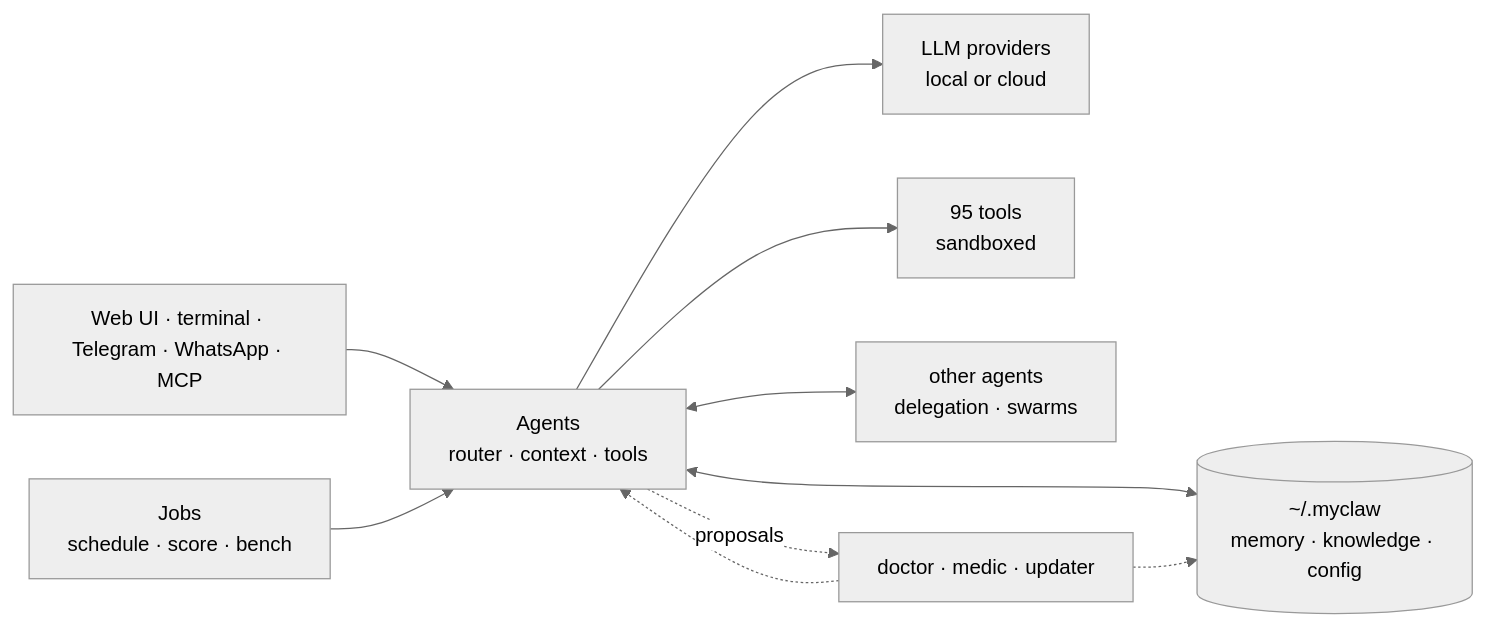
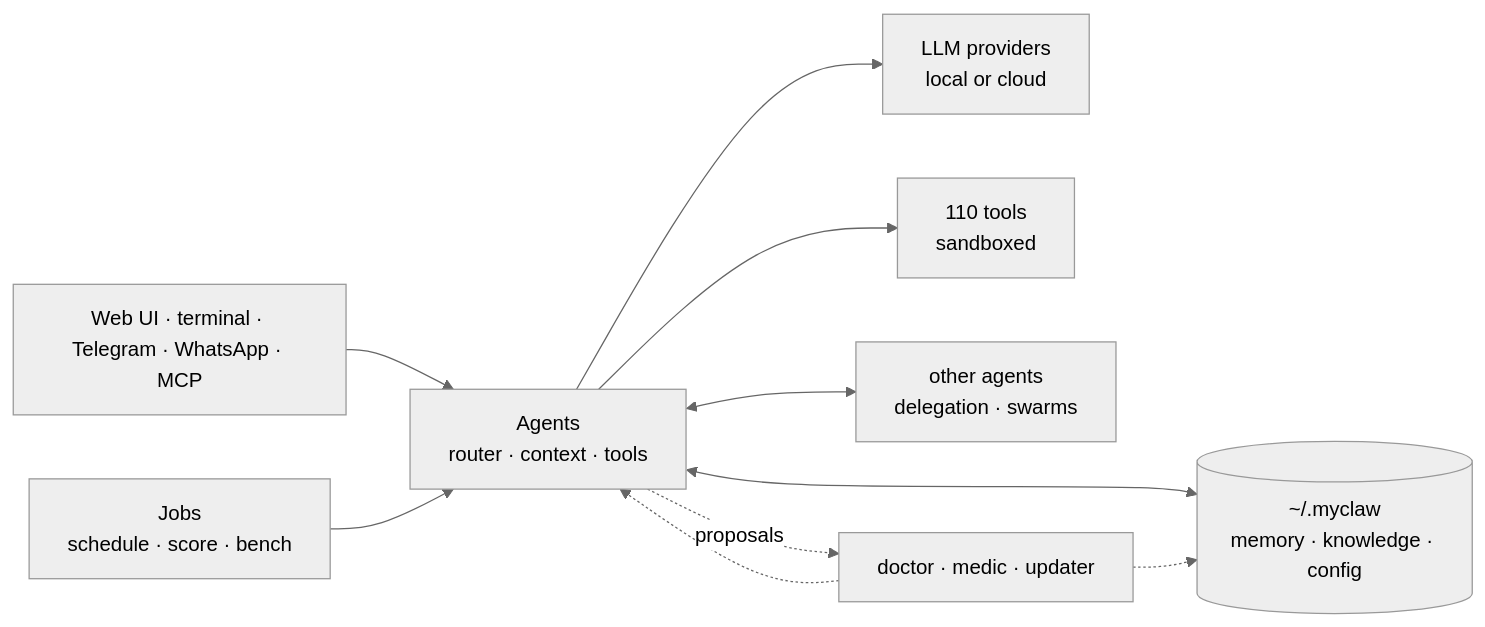
Before and after one commit to adrianx26/zensynora: the diagram in README.md, drawn with Mermaid (neutral theme). The commit also changed other lines of this file and 14 other files, not shown here.

````diff
--- a/README.md
+++ b/README.md
@@ -191,11 +191,11 @@
 ```mermaid
 flowchart LR
     ui["Web UI · terminal · Telegram · WhatsApp · MCP"] --> agent["Agents<br/>router · context · tools"]
     agent --> llm["LLM providers<br/>local or cloud"]
-    agent --> tools["95 tools<br/>sandboxed"]
+    agent --> tools["110 tools<br/>sandboxed"]
     agent <--> state[("~/.myclaw<br/>memory · knowledge · config")]
     agent <--> agent2["other agents<br/>delegation · swarms"]
     jobs["Jobs<br/>schedule · score · bench"] --> agent
     ops["doctor · medic · updater"] -.-> agent & state
     agent -. proposals .-> ops
 ```
````
